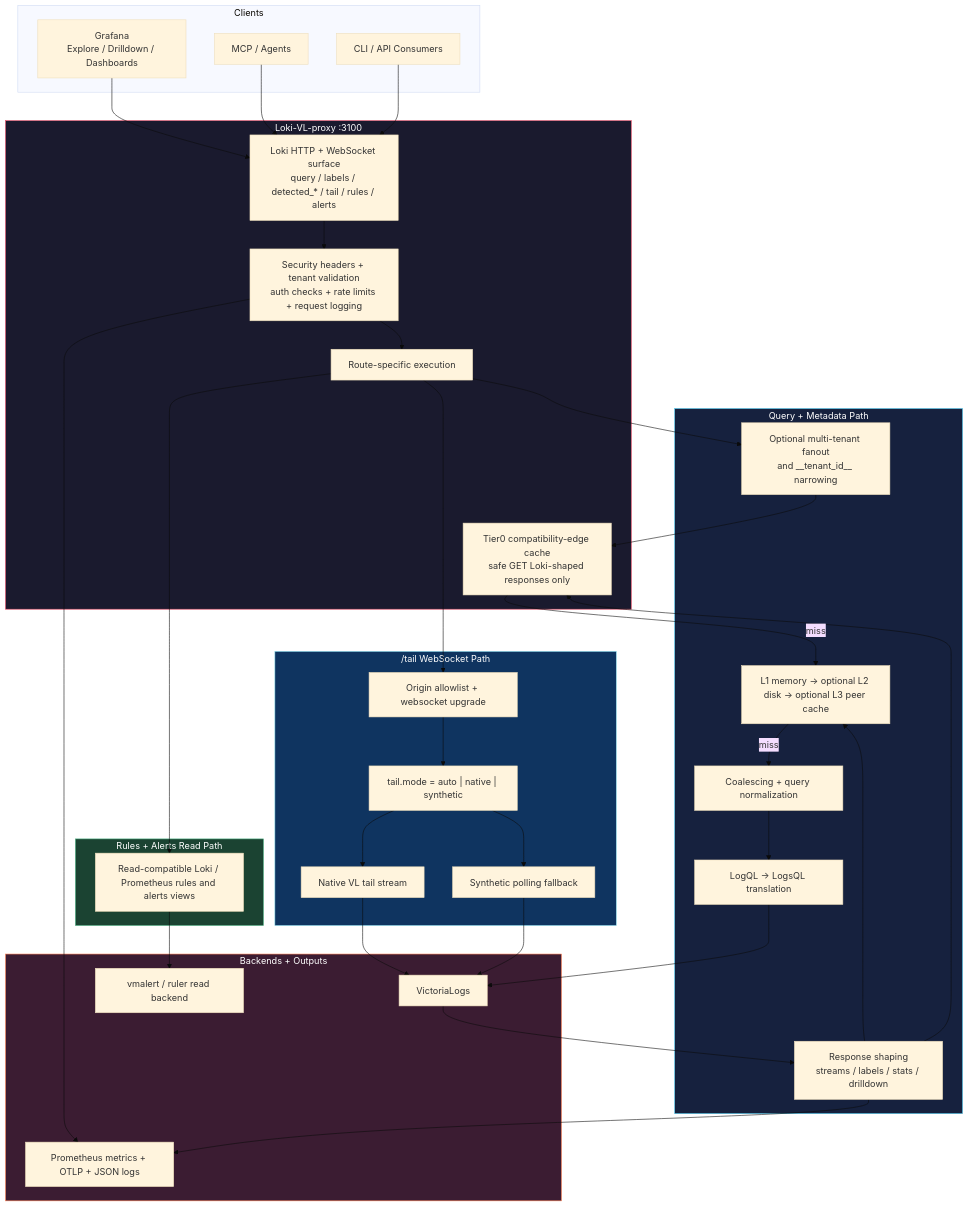
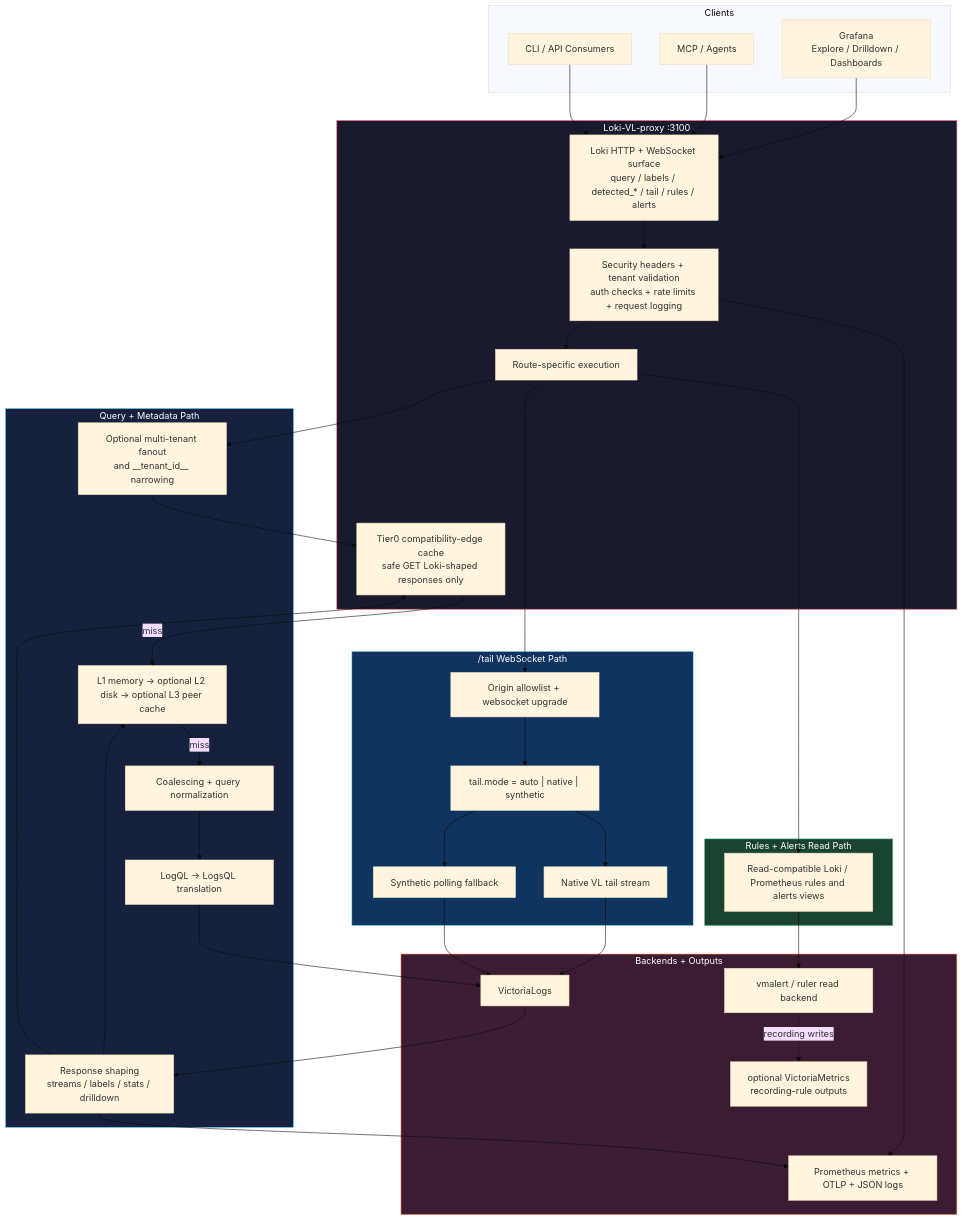
Before and after one commit to ReliablyObserve/Loki-VL-proxy: the first of 6 diagrams in docs/architecture.md, drawn with Mermaid (base theme). The commit also changed other lines of this file and 17 other files, not shown here.

````diff
--- a/docs/architecture.md
+++ b/docs/architecture.md
@@ -9,62 +9,64 @@
 ```mermaid
 flowchart TD
     subgraph Clients["Clients"]
         G["Grafana<br/>Explore / Drilldown / Dashboards"]
         M["MCP / Agents"]
         C["CLI / API Consumers"]
     end
 
     subgraph Front["Loki-VL-proxy :3100"]
         API["Loki HTTP + WebSocket surface<br/>query / labels / detected_* / tail / rules / alerts"]
         GUARD["Security headers + tenant validation<br/>auth checks + rate limits + request logging"]
         ROUTE["Route-specific execution"]
         EDGE["Tier0 compatibility-edge cache<br/>safe GET Loki-shaped responses only"]
     end
 
     subgraph Query["Query + Metadata Path"]
         FAN["Optional multi-tenant fanout<br/>and __tenant_id__ narrowing"]
         CACHE["L1 memory -> optional L2 disk -> optional L3 peer cache"]
         CO["Coalescing + query normalization"]
         TR["LogQL -> LogsQL translation"]
         SHAPE["Response shaping<br/>streams / labels / stats / drilldown"]
     end
 
     subgraph Tail["/tail WebSocket Path"]
         ORIGIN["Origin allowlist + websocket upgrade"]
         MODE["tail.mode = auto | native | synthetic"]
         NATIVE["Native VL tail stream"]
         SYN["Synthetic polling fallback"]
     end
 
     subgraph Reads["Rules + Alerts Read Path"]
         ALERT["Read-compatible Loki / Prometheus rules and alerts views"]
     end
 
     subgraph Backends["Backends + Outputs"]
         VL["VictoriaLogs"]
         VMR["vmalert / ruler read backend"]
+        VMTS["optional VictoriaMetrics<br/>recording-rule outputs"]
         OBS["Prometheus metrics + OTLP + JSON logs"]
     end
 
     G --> API
     M --> API
     C --> API
     API --> GUARD --> ROUTE
     ROUTE --> FAN --> EDGE
     EDGE -->|miss| CACHE
     CACHE -->|miss| CO --> TR --> VL
     VL --> SHAPE --> CACHE
     SHAPE --> EDGE
     ROUTE --> ORIGIN --> MODE
     MODE --> NATIVE --> VL
     MODE --> SYN --> VL
     ROUTE --> ALERT --> VMR
+    VMR -. recording writes .-> VMTS
     GUARD --> OBS
     SHAPE --> OBS
 
     style Front fill:#1a1a2e,stroke:#e94560,color:#fff
     style Query fill:#16213e,stroke:#4cc9f0,color:#fff
     style Tail fill:#0f3460,stroke:#90e0ef,color:#fff
     style Reads fill:#1b4332,stroke:#52b788,color:#fff
     style Backends fill:#3b1c32,stroke:#ff7f50,color:#fff
 ```
````
